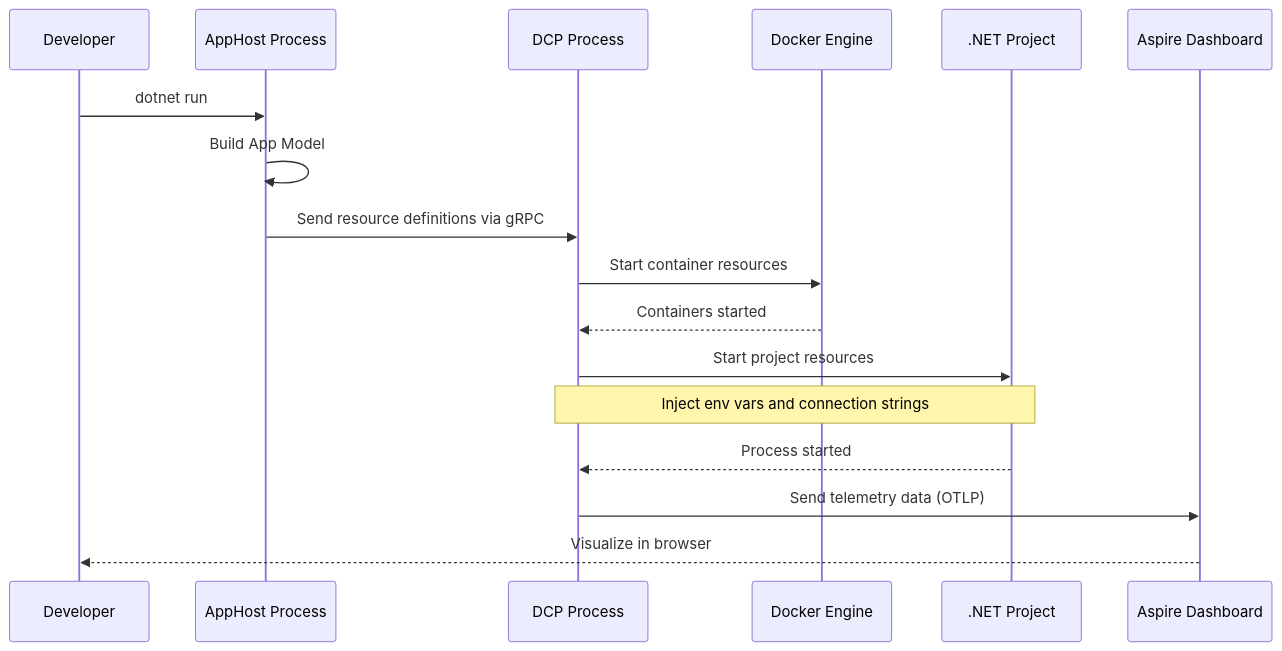
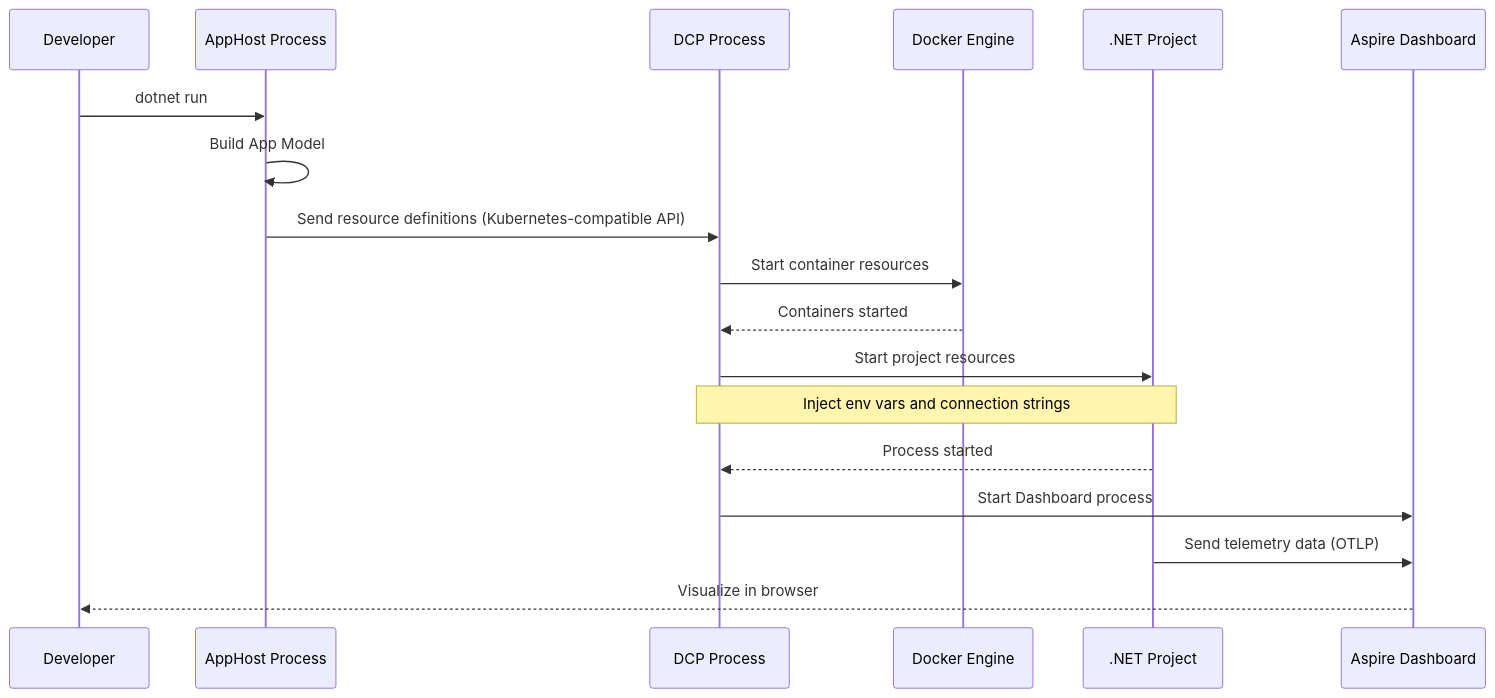
The fourth of 18 diagrams in content/blog/en/dotnet-aspire.mdx (yoichiozaki/yoichiozaki.github.io), drawn with Mermaid before and after one commit. The commit also changed other lines of this file and 116 other files, not shown here.

````diff
--- a/content/blog/en/dotnet-aspire.mdx
+++ b/content/blog/en/dotnet-aspire.mdx
@@ -280,20 +278,21 @@
 ```mermaid
 sequenceDiagram
     participant Dev as Developer
     participant AppHost as AppHost Process
     participant DCP as DCP Process
     participant Docker as Docker Engine
     participant Project as .NET Project
     participant Dashboard as Aspire Dashboard
 
     Dev->>AppHost: dotnet run
     AppHost->>AppHost: Build App Model
-    AppHost->>DCP: Send resource definitions via gRPC
+    AppHost->>DCP: Send resource definitions (Kubernetes-compatible API)
     DCP->>Docker: Start container resources
     Docker-->>DCP: Containers started
     DCP->>Project: Start project resources
     Note over DCP,Project: Inject env vars and connection strings
     Project-->>DCP: Process started
-    DCP->>Dashboard: Send telemetry data (OTLP)
+    DCP->>Dashboard: Start Dashboard process
+    Project->>Dashboard: Send telemetry data (OTLP)
     Dashboard-->>Dev: Visualize in browser
 ```
````
